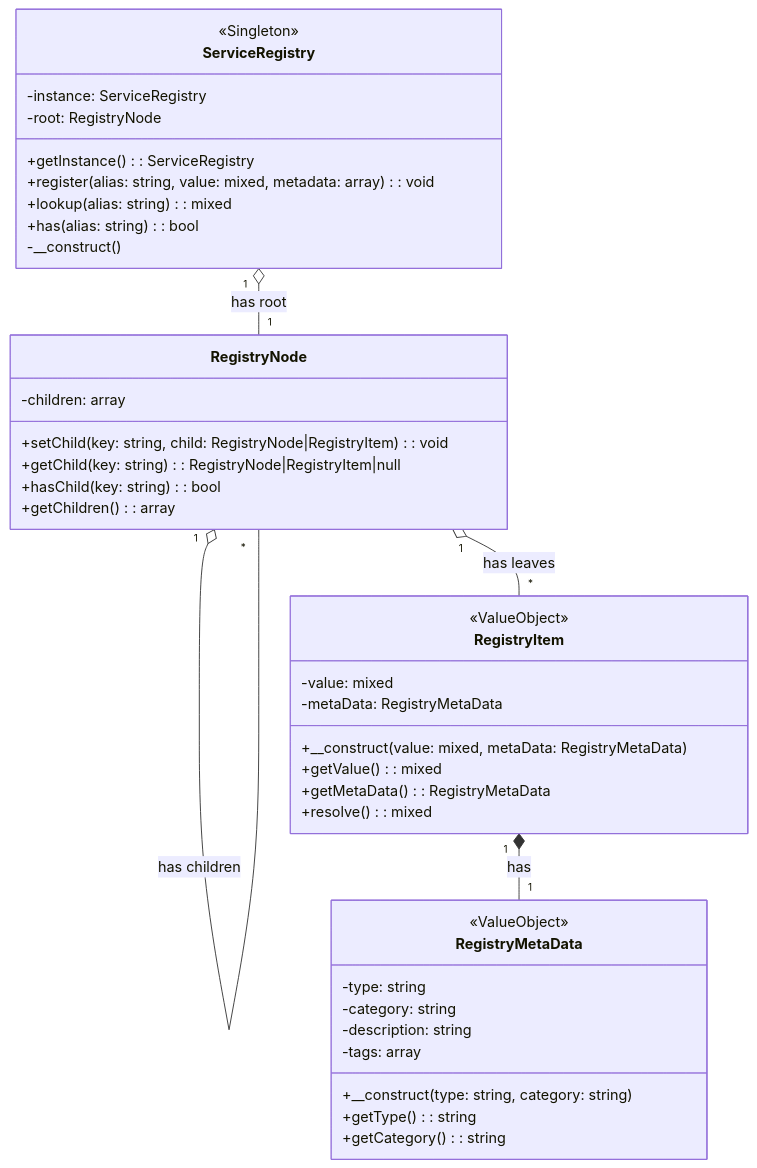
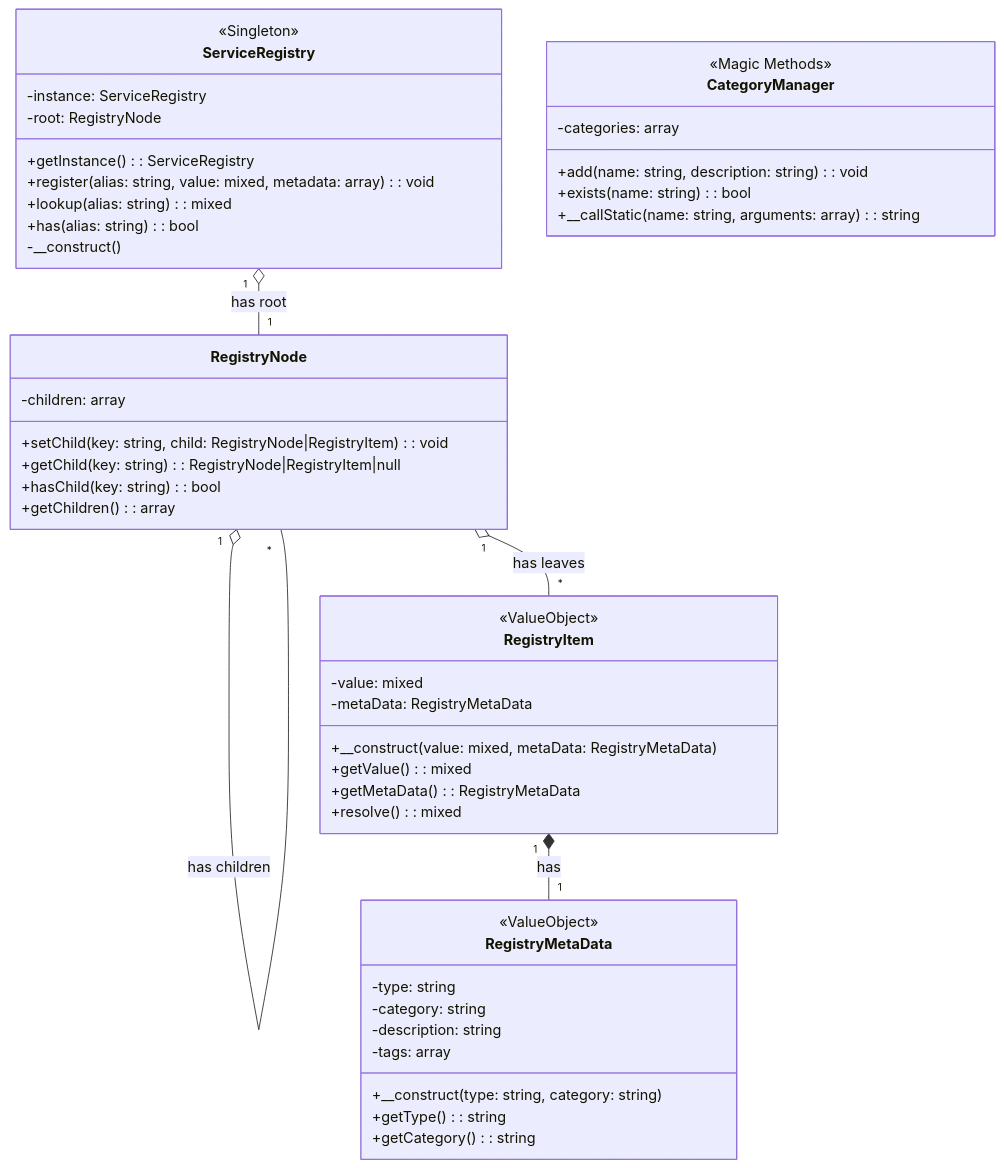
One commit to mnaatjes/registry-package changed the diagram in PLAN.md. Above: the diagram before and after it, drawn with Mermaid. The commit also changed 2 other files, not shown here.

Commit message:
docuentation added for CategoryManager

````diff
--- a/PLAN.md
+++ b/PLAN.md
@@ -41,49 +41,57 @@
 ```mermaid
 classDiagram
     direction TD
 
     class ServiceRegistry {
         <<Singleton>>
         -instance: ServiceRegistry
         -root: RegistryNode
         +getInstance(): ServiceRegistry
         +register(alias: string, value: mixed, metadata: array): void
         +lookup(alias: string): mixed
         +has(alias: string): bool
         -__construct()
     }
 
     class RegistryNode {
         -children: array
         +setChild(key: string, child: RegistryNode|RegistryItem): void
         +getChild(key: string): RegistryNode|RegistryItem|null
         +hasChild(key: string): bool
         +getChildren(): array
     }
 
     class RegistryItem {
         <<ValueObject>>
         -value: mixed
         -metaData: RegistryMetaData
         +__construct(value: mixed, metaData: RegistryMetaData)
         +getValue(): mixed
         +getMetaData(): RegistryMetaData
         +resolve(): mixed
     }
 
     class RegistryMetaData {
         <<ValueObject>>
         -type: string
         -category: string
         -description: string
         -tags: array
         +__construct(type: string, category: string)
         +getType(): string
         +getCategory(): string
     }
 
+    class CategoryManager {
+        <<Magic Methods>>
+        -categories: array
+        +add(name: string, description: string): void
+        +exists(name: string): bool
+        +__callStatic(name: string, arguments: array): string
+    }
+
     ServiceRegistry "1" o-- "1" RegistryNode : has root
     RegistryNode "1" o-- "*" RegistryNode : has children
     RegistryNode "1" o-- "*" RegistryItem : has leaves
     RegistryItem "1" *-- "1" RegistryMetaData : has
 ```
````
